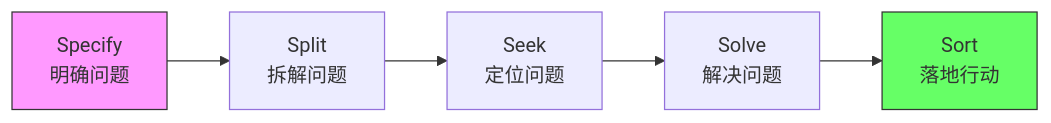
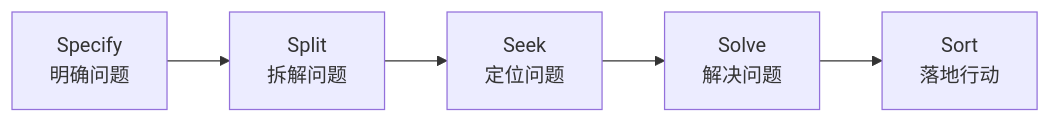
One commit to chongyang211/YCBookBlog changed the diagram in packages/website/13.书籍/05.自我精进·成事/03.事中执行/06.五步问题处理法.md. Above: the diagram before and after it, drawn with Mermaid. The commit also changed other lines of this file and 62 other files, not shown here.

````diff
--- a/packages/website/13.书籍/05.自我精进·成事/03.事中执行/06.五步问题处理法.md
+++ b/packages/website/13.书籍/05.自我精进·成事/03.事中执行/06.五步问题处理法.md
@@ -61,9 +71,7 @@
 ```mermaid
-flowchart LR
-    A[Specify<br>明确问题] --> B[Split<br>拆解问题]
-    B --> C[Seek<br>定位问题]
-    C --> D[Solve<br>解决问题]
-    D --> E[Sort<br>落地行动]
-    style A fill:#f9f,stroke:#333
-    style E fill:#6f6,stroke:#333
+graph LR
+    S1[Specify<br/>明确问题] --> S2[Split<br/>拆解问题]
+    S2 --> S3[Seek<br/>定位问题]
+    S3 --> S4[Solve<br/>解决问题]
+    S4 --> S5[Sort<br/>落地行动]
 ```
````
